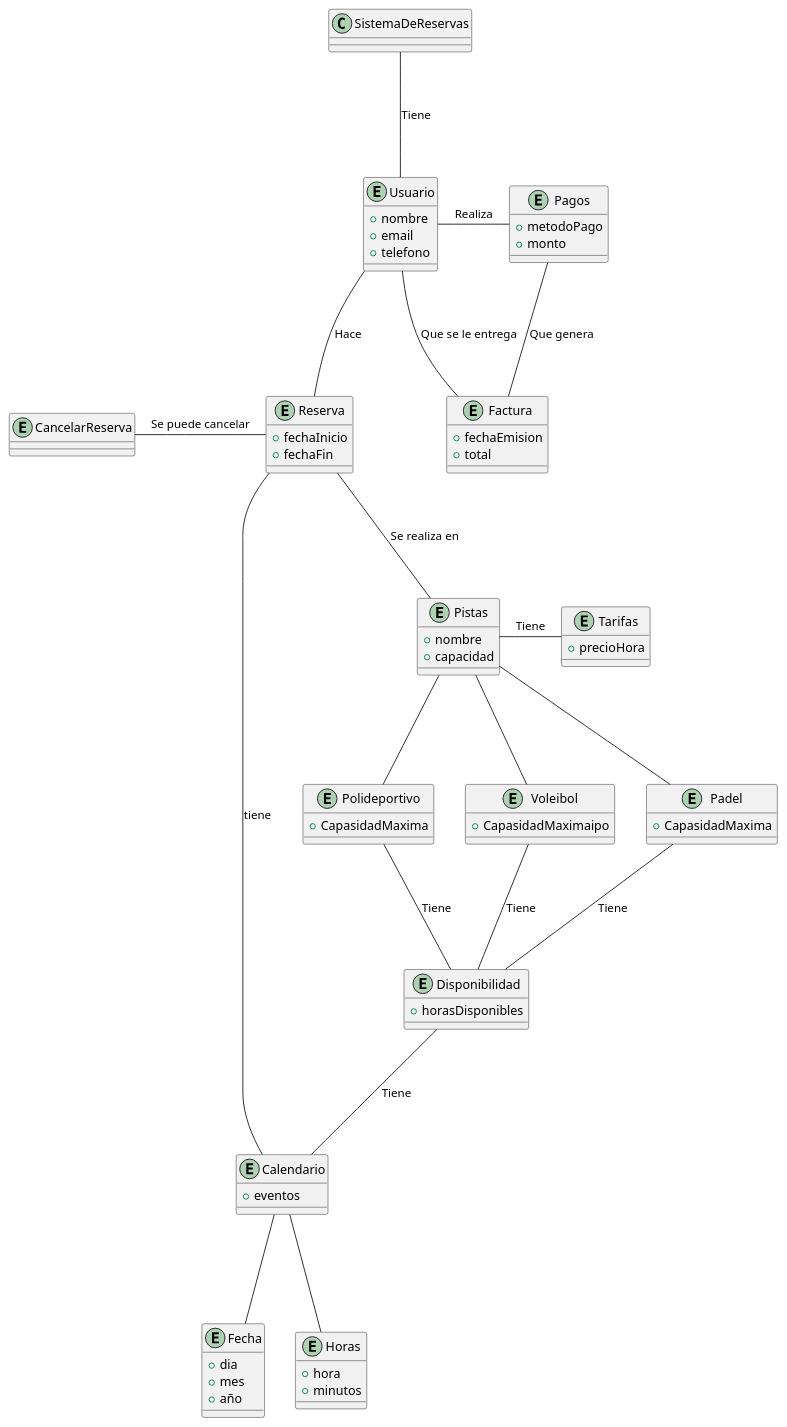
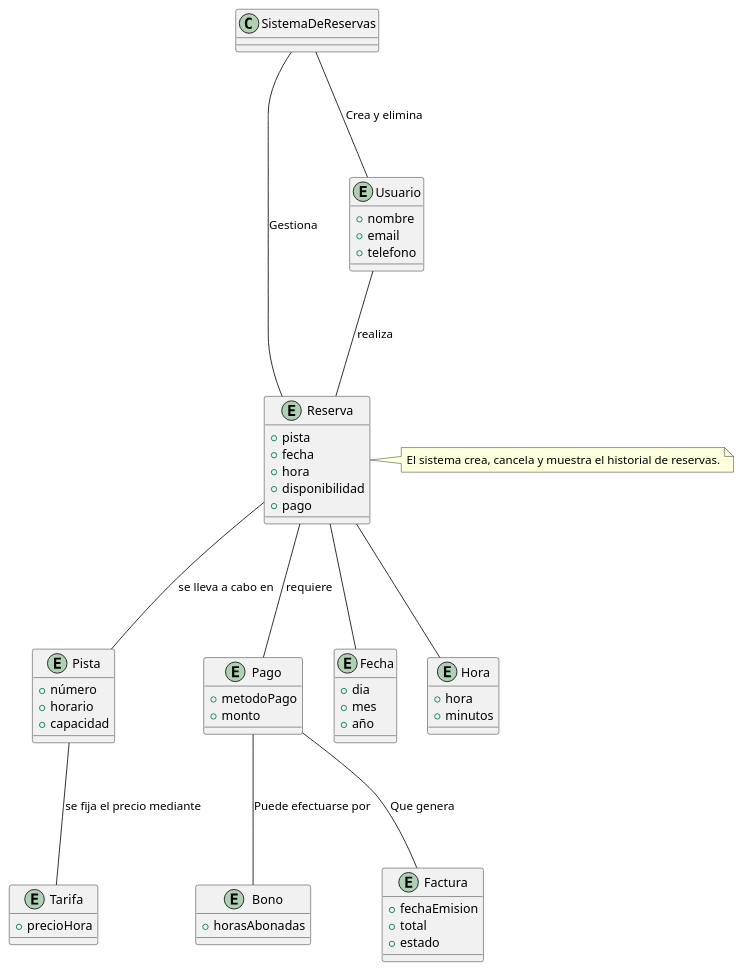
Before and after one commit to pablarce/23-24-IdSw1-SDR: the diagram in ModeloDeDominio/DiagramaDeClases.puml, drawn with PlantUML. The commit also changed 1 other file, not shown here.

Commit message:
Reestructuración del diagrama de clases del modelo del dominio

```diff
--- a/ModeloDeDominio/DiagramaDeClases.puml
+++ b/ModeloDeDominio/DiagramaDeClases.puml
@@ -1,86 +1,65 @@
 @startuml Sistema de reservas
-entity Pistas {
-  + nombre
-  + capacidad
+
+entity Reserva {
+  + pista
+  + fecha
+  + hora
+  + disponibilidad
+  + pago
 }
 
-entity Padel {
-  + CapasidadMaxima
-}
-
-entity Polideportivo {
-  + CapasidadMaxima
-}
-
-entity Voleibol {
-  + CapasidadMaximaipo
-}
-
-entity Calendario {
-  + eventos
-}
+note right of Reserva: El sistema crea, cancela y muestra el historial de reservas.
 
 entity Usuario {
   + nombre
   + email
   + telefono
 }
+entity Pista {
+  + número
+  + horario
+  + capacidad
+}
 
-entity Pagos {
+entity Pago {
   + metodoPago
   + monto
+}
+
+entity Bono {
+  + horasAbonadas
 }
 
 entity Factura {
   + fechaEmision
   + total
+  + estado
 }
 
-entity Tarifas {
+entity Tarifa {
   + precioHora
-}
-
-entity Disponibilidad {
-  + horasDisponibles
-}
-
-entity Reserva {
-  + fechaInicio
-  + fechaFin
-}
-
-entity CancelarReserva {
 }
 
 entity Fecha {
   + dia
   + mes
   + año
 }
 
-entity Horas {
+entity Hora {
   + hora
   + minutos
 }
 
+SistemaDeReservas --- Usuario : Crea y elimina
+SistemaDeReservas --- Reserva : Gestiona
+Usuario --- Reserva: realiza
+Reserva --- Pago: requiere
+Reserva --- Pista: se lleva a cabo en
+Pista --- Tarifa: se fija el precio mediante
+Reserva --- Fecha
+Reserva --- Hora
+Pago --- Factura: Que genera 
+Pago --- Bono : Puede efectuarse por
 
-
-SistemaDeReservas --- Usuario: Tiene
-Usuario --- Reserva: Hace
-Reserva -L- Calendario: tiene
-Usuario -R- Pagos: Realiza
-Pagos --- Factura: Que genera 
-Factura --- Usuario: Que se le entrega
-Reserva --- Pistas: Se realiza en
-Reserva -L- CancelarReserva: Se puede cancelar
-Pistas--- Padel
-Pistas--- Polideportivo
-Pistas--- Voleibol
-Pistas -R- Tarifas: Tiene
-Voleibol --- Disponibilidad: Tiene
-Polideportivo --- Disponibilidad: Tiene
-Padel --- Disponibilidad: Tiene
-Disponibilidad--- Calendario: Tiene
-Calendario --- Fecha
-Calendario --- Horas
 @enduml
```
